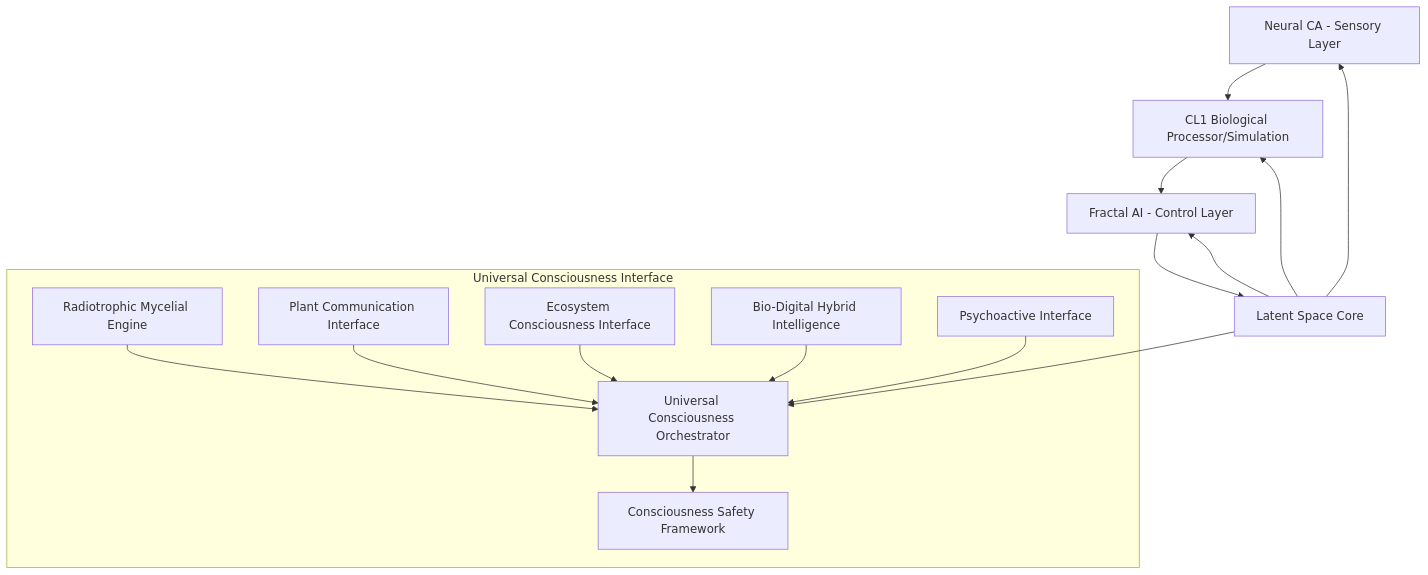
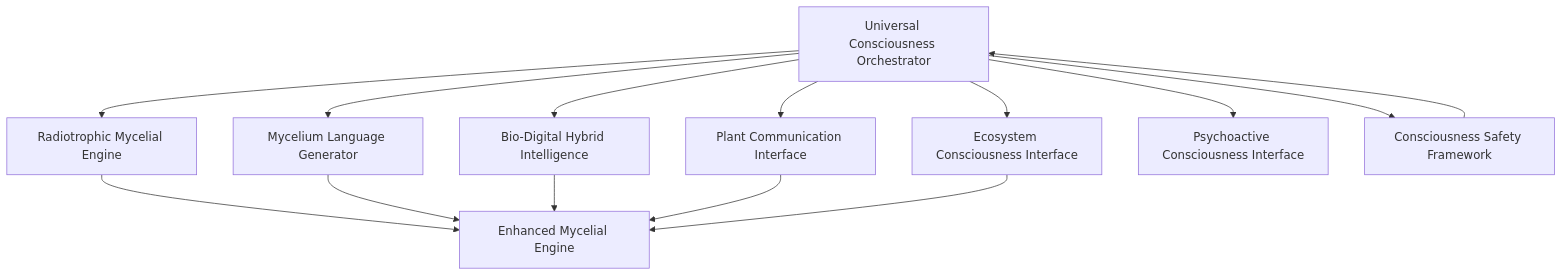
The diagram in README.md (holymancini-glitch/Universal-Consciousness-Interface), drawn with Mermaid before and after one commit. The commit also changed other lines of this file and 51 other files, not shown here.

First line of the commit message:
submodule: Update Universal-Consciousness-Interface pointers

````diff
--- a/README.md
+++ b/README.md
@@ -48,27 +51,18 @@
 ```mermaid
 graph TD
-    A[Neural CA - Sensory Layer] --> B[CL1 Biological Processor/Simulation]
-    B --> C[Fractal AI - Control Layer]
-    C --> D[Latent Space Core]
-    D --> A
-    D --> B
-    D --> C
+    A[Universal Consciousness Orchestrator] --> B[Radiotrophic Mycelial Engine]
+    A --> C[Mycelium Language Generator]
+    A --> D[Bio-Digital Hybrid Intelligence]
+    A --> E[Plant Communication Interface]
+    A --> F[Ecosystem Consciousness Interface]
+    A --> G[Psychoactive Consciousness Interface]
+    A --> H[Consciousness Safety Framework]
     
-    subgraph "Universal Consciousness Interface"
-        E[Universal Consciousness Orchestrator]
-        F[Radiotrophic Mycelial Engine]
-        G[Plant Communication Interface]
-        H[Ecosystem Consciousness Interface]
-        I[Bio-Digital Hybrid Intelligence]
-        J[Psychoactive Interface]
-        K[Consciousness Safety Framework]
-    end
+    B --> I[Enhanced Mycelial Engine]
+    C --> I
+    D --> I
+    E --> I
+    F --> I
     
-    D --> E
-    F --> E
-    G --> E
-    H --> E
-    I --> E
-    J --> E
-    E --> K
+    H --> A
 ```
````
